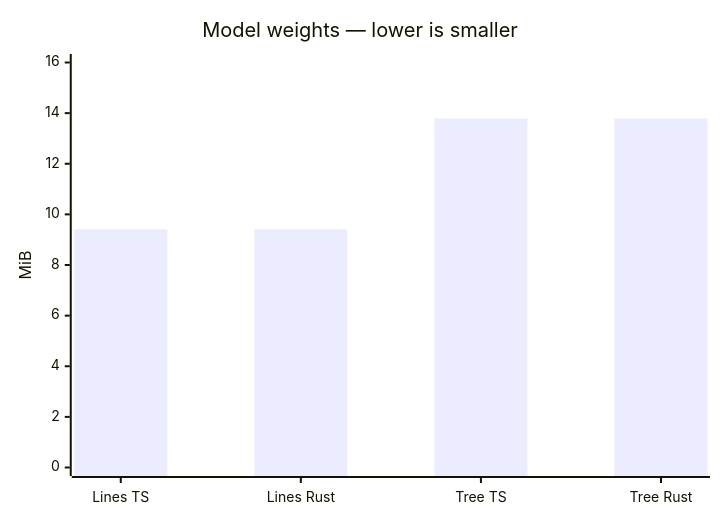
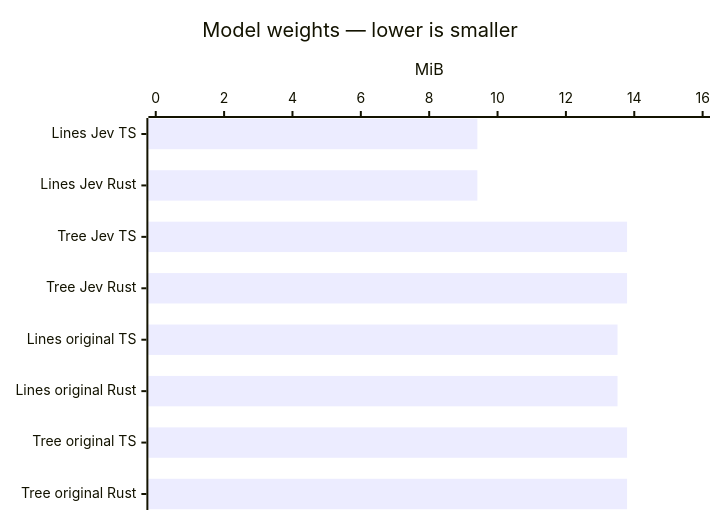
One commit to kossnocorp/spacer changed diagram 11 of 15 in docs/benchmark.md. Above: the diagram before and after it, drawn with Mermaid. The commit also changed other lines of this file and 29 other files, not shown here.

````diff
--- a/docs/benchmark.md
+++ b/docs/benchmark.md
@@ -90,7 +133,7 @@
 ```mermaid
-xychart-beta
+xychart-beta horizontal
   title "Model weights — lower is smaller"
-  x-axis ["Lines TS", "Lines Rust", "Tree TS", "Tree Rust"]
+  x-axis ["Lines Jev TS", "Lines Jev Rust", "Tree Jev TS", "Tree Jev Rust", "Lines original TS", "Lines original Rust", "Tree original TS", "Tree original Rust"]
   y-axis "MiB" 0 --> 16
-  bar [9.41, 9.41, 13.79, 13.79]
+  bar [9.41, 9.41, 13.79, 13.79, 13.51, 13.51, 13.79, 13.79]
 ```
````
